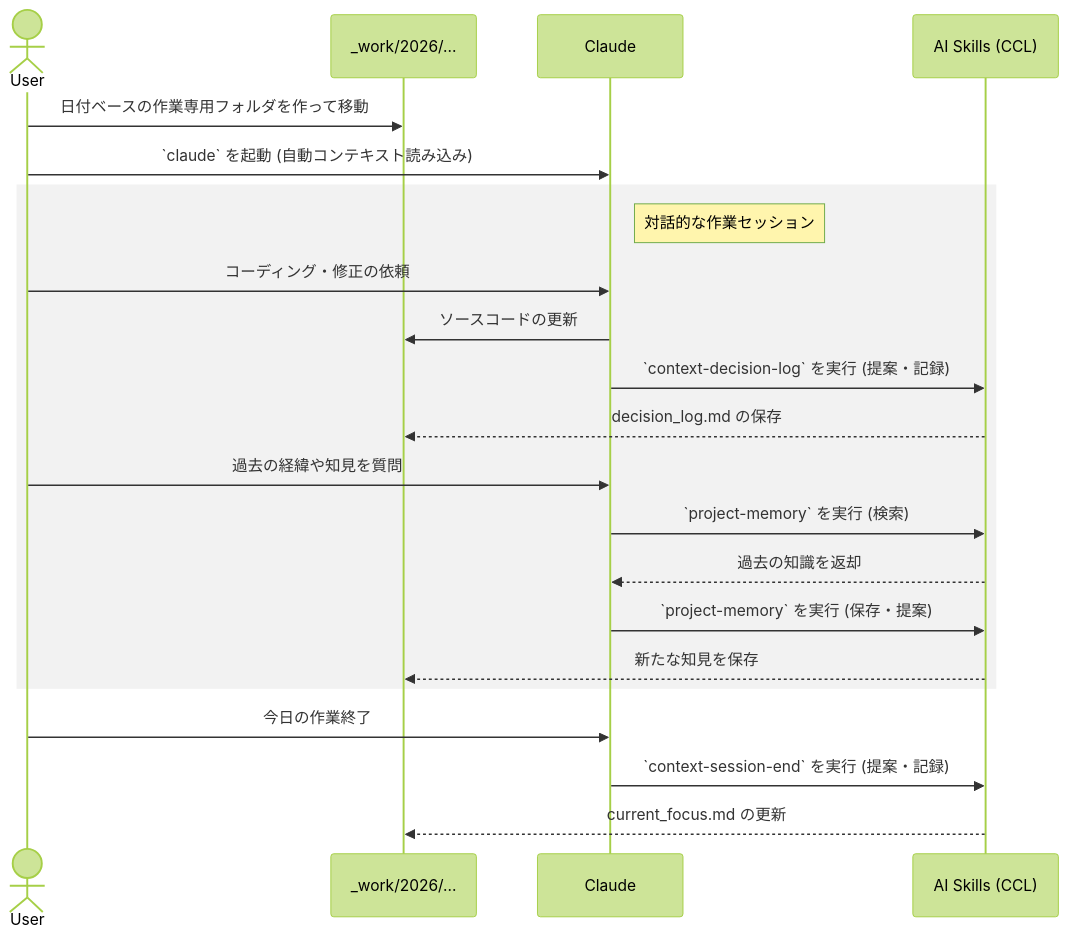
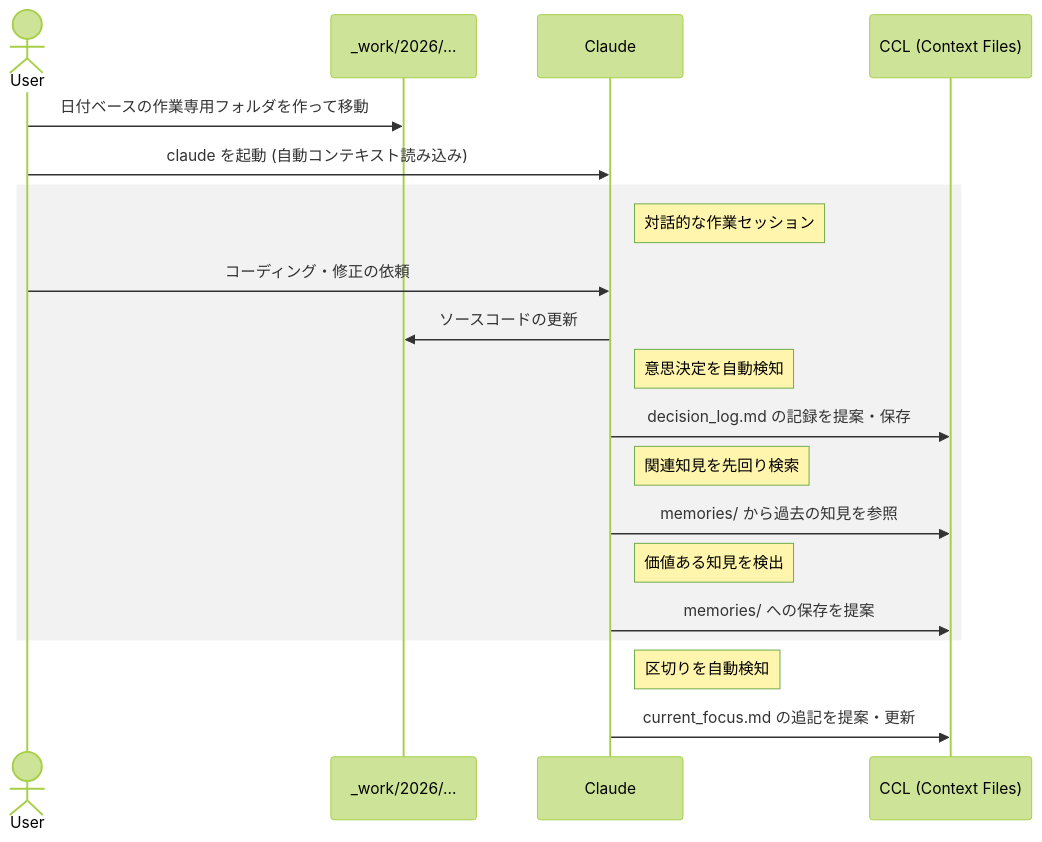
Before and after one commit to yt3trees/ai-collab-folder-structure: the second of 2 diagrams in README-ja.md, drawn with Mermaid (forest theme). The commit also changed other lines of this file and 1 other file, not shown here.

````diff
--- a/README-ja.md
+++ b/README-ja.md
@@ -95,31 +95,29 @@
 ```mermaid
 sequenceDiagram
     actor User
     participant Work as _work/2026/...
     participant Claude
-    participant CCL as AI Skills (CCL)
+    participant CCL as CCL (Context Files)
 
     User->>Work: 日付ベースの作業専用フォルダを作って移動
-    User->>Claude: `claude` を起動 (自動コンテキスト読み込み)
-    
+    User->>Claude: claude を起動 (自動コンテキスト読み込み)
+
     rect rgba(128, 128, 128, 0.1)
         Note right of Claude: 対話的な作業セッション
-        
+
         User->>Claude: コーディング・修正の依頼
         Claude->>Work: ソースコードの更新
-        
-        Claude->>CCL: `context-decision-log` を実行 (提案・記録)
-        CCL-->>Work: decision_log.md の保存
-        
-        User->>Claude: 過去の経緯や知見を質問
-        Claude->>CCL: `project-memory` を実行 (検索)
-        CCL-->>Claude: 過去の知識を返却
-        
-        Claude->>CCL: `project-memory` を実行 (保存・提案)
-        CCL-->>Work: 新たな知見を保存
+
+        Note right of Claude: 意思決定を自動検知
+        Claude->>CCL: decision_log.md の記録を提案・保存
+
+        Note right of Claude: 関連知見を先回り検索
+        Claude->>CCL: memories/ から過去の知見を参照
+
+        Note right of Claude: 価値ある知見を検出
+        Claude->>CCL: memories/ への保存を提案
     end
 
-    User->>Claude: 今日の作業終了
-    Claude->>CCL: `context-session-end` を実行 (提案・記録)
-    CCL-->>Work: current_focus.md の更新
+    Note right of Claude: 区切りを自動検知
+    Claude->>CCL: current_focus.md の追記を提案・更新
 ```
````
